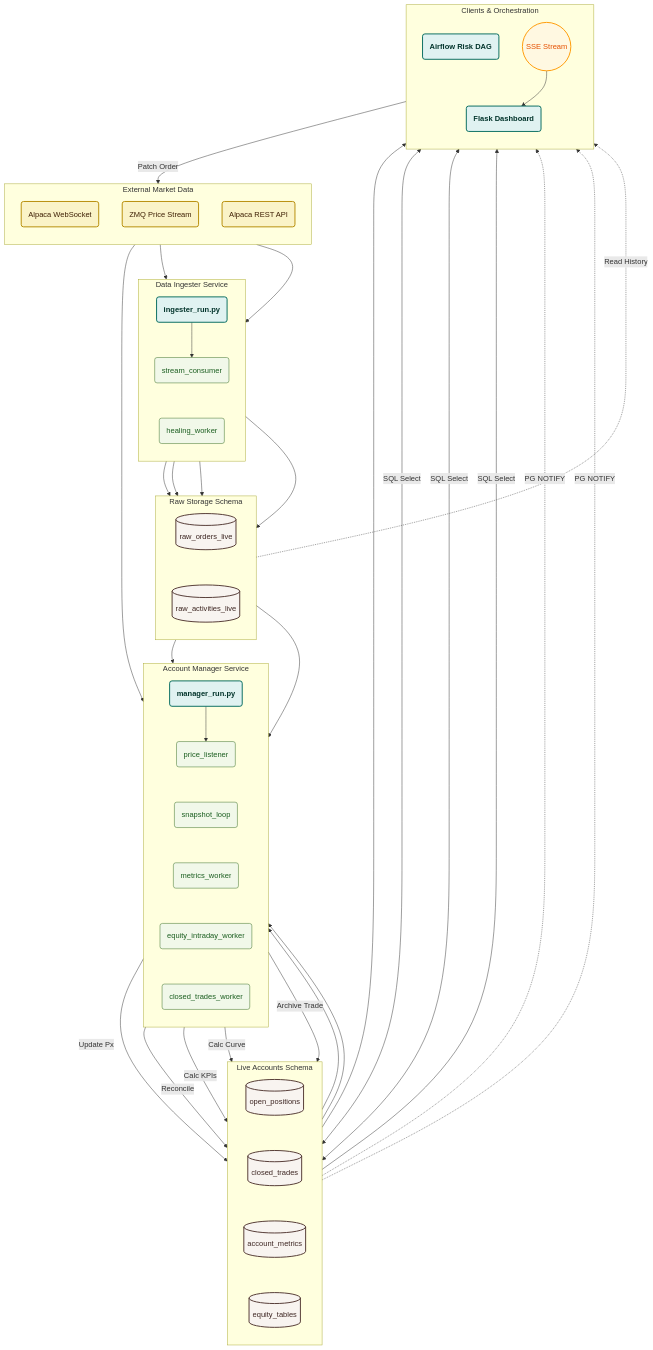
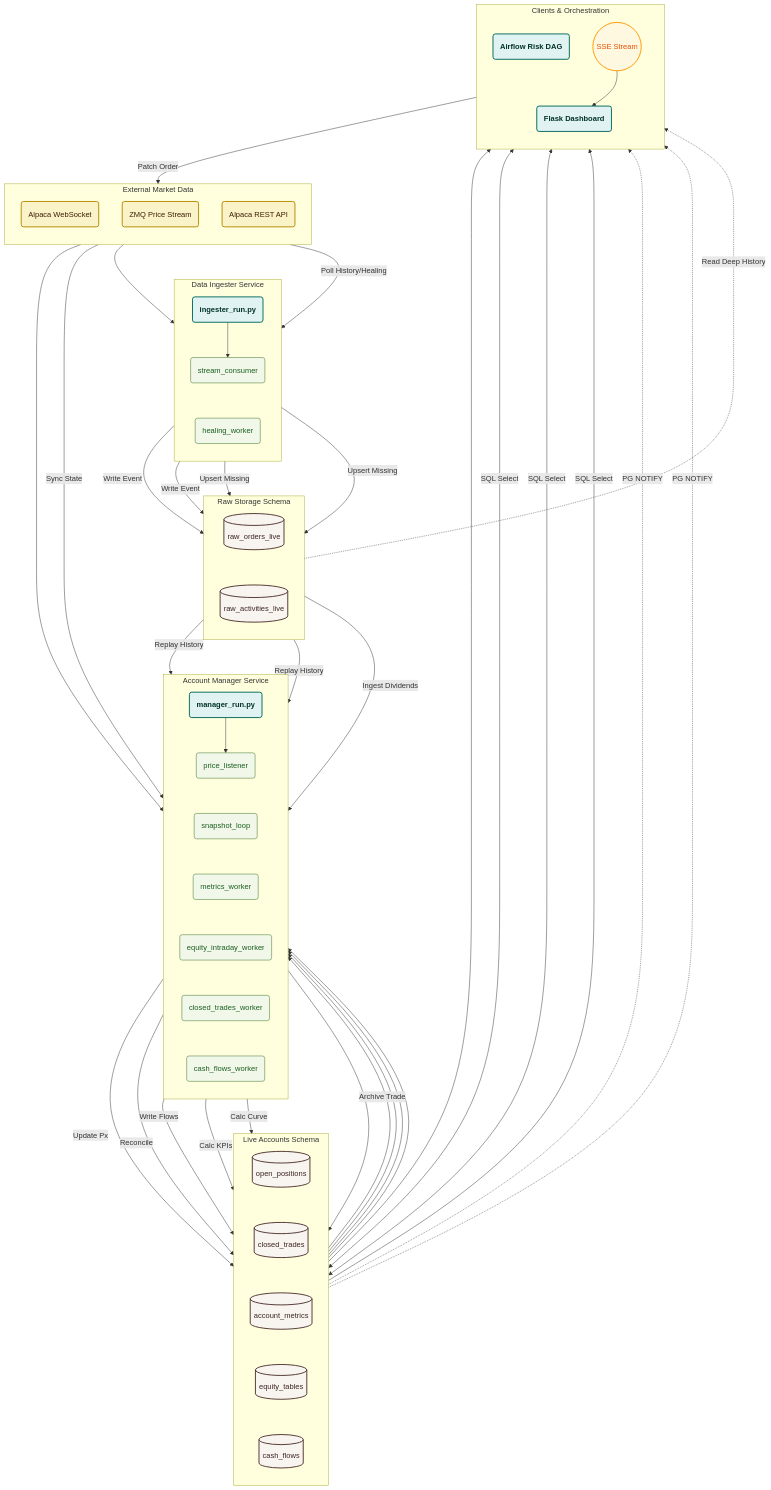
One commit to EvMossan/cold-harbor-manager changed the diagram in README.md. Above: the diagram before and after it, drawn with Mermaid.

Commit message:
modified:   README.md

```diff
--- a/README.md
+++ b/README.md
@@ -80,7 +80,7 @@
     classDef bus fill:#fff8e1,stroke:#ff9800,stroke-width:2px,shape:rect,color:#e65100;
 
     %% ---------------------------------------------------------
-    %% 1. EXTERNAL SOURCES (Top)
+    %% 1. EXTERNAL SOURCES
     %% ---------------------------------------------------------
     subgraph External [External Market Data]
         direction TB
@@ -96,7 +96,7 @@
         direction TB
         IngesterRun(<b>ingester_run.py</b>):::service
         
-        %% Stack workers vertically
+        %% Workers
         StreamWork(stream_consumer):::worker
         HealWork(healing_worker):::worker
         
@@ -121,19 +121,21 @@
         direction TB
         MgrRun(<b>manager_run.py</b>):::service
         
-        %% Stack workers vertically
+        %% Workers
         PriceList(price_listener):::worker
         SnapLoop(snapshot_loop):::worker
         MetricsWork(metrics_worker):::worker
         EquityWork(equity_intraday_worker):::worker
         ClosedWork(closed_trades_worker):::worker
+        CashFlowWork(cash_flows_worker):::worker
         
-        %% Invisible links to force column layout
+        %% Layout hints
         MgrRun --> PriceList
         PriceList ~~~ SnapLoop
         SnapLoop ~~~ MetricsWork
         MetricsWork ~~~ EquityWork
         EquityWork ~~~ ClosedWork
+        ClosedWork ~~~ CashFlowWork
     end
 
     %% ---------------------------------------------------------
@@ -145,14 +147,16 @@
         TblClosed[(closed_trades)]:::db
         TblMetrics[(account_metrics)]:::db
         TblEquity[(equity_tables)]:::db
+        TblCash[(cash_flows)]:::db
         
         TblLive ~~~ TblClosed
         TblClosed ~~~ TblMetrics
         TblMetrics ~~~ TblEquity
+        TblEquity ~~~ TblCash
     end
 
     %% ---------------------------------------------------------
-    %% 6. CONSUMERS (Bottom)
+    %% 6. CONSUMERS
     %% ---------------------------------------------------------
     subgraph Consumers [Clients & Orchestration]
         direction TB
@@ -167,39 +171,42 @@
     %% DATA FLOW CONNECTIONS
     %% =========================================================
 
-    %% Inflow
+    %% --- INGESTER FLOWS ---
     AlpacaWS --> StreamWork
-    AlpacaREST --> HealWork
+    AlpacaREST -->|Poll History/Healing| HealWork
+    StreamWork -->|Write Event| RawOrders & RawActs
+    HealWork -->|Upsert Missing| RawOrders & RawActs
+
+    %% --- MANAGER INPUTS ---
     ZMQ --> PriceList
+    RawOrders & RawActs -->|Replay History| SnapLoop
+    RawActs -->|Ingest Dividends| CashFlowWork
+    AlpacaREST -->|Sync State| SnapLoop
 
-    %% Ingestion Writes
-    StreamWork --> RawOrders & RawActs
-    HealWork --> RawOrders & RawActs
-
-    %% Manager Reads (Rebuild State)
-    RawOrders & RawActs --> SnapLoop
-    
-    %% Manager Updates (Writes)
+    %% --- MANAGER WRITES ---
     PriceList -- Update Px --> TblLive
     SnapLoop -- Reconcile --> TblLive
+    CashFlowWork -- Write Flows --> TblCash
+    
+    %% --- MANAGER INTERNAL CALCS ---
+    TblLive --> MetricsWork & EquityWork & ClosedWork
+    TblCash --> EquityWork
+    
     MetricsWork -- Calc KPIs --> TblMetrics
     EquityWork -- Calc Curve --> TblEquity
     ClosedWork -- Archive Trade --> TblClosed
     
-    %% Internal Manager Flow Dependencies
-    TblLive --> MetricsWork & EquityWork
-
-    %% Risk Manager Flow
-    RawOrders -.->|Read History| RiskDAG
+    %% --- RISK MANAGER ---
+    RawOrders -.->|Read Deep History| RiskDAG
     RiskDAG -- Patch Order --> AlpacaREST
 
-    %% Web/Dashboard Flow (Reads)
+    %% --- DASHBOARD READS ---
     TblMetrics --> Flask
     TblLive <-->|SQL Select| Flask
     TblClosed <-->|SQL Select| Flask
     TblEquity -->|SQL Select| Flask
 
-    %% Web/Dashboard Flow (Push/Notify)
+    %% --- DASHBOARD PUSH ---
     TblLive -.->|PG NOTIFY| SSE
     TblClosed -.->|PG NOTIFY| SSE
     SSE --> Flask
```
